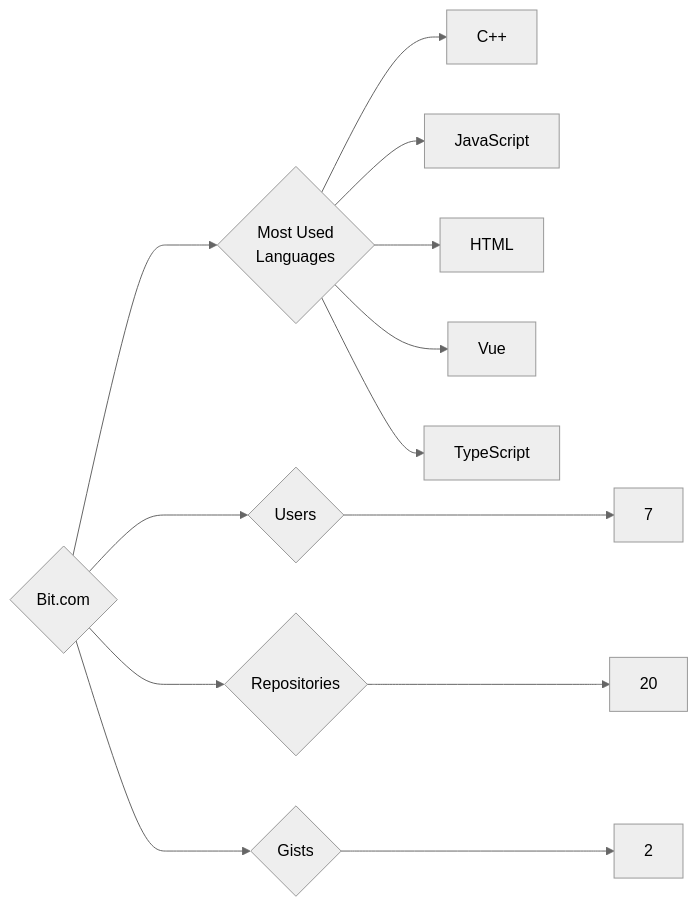
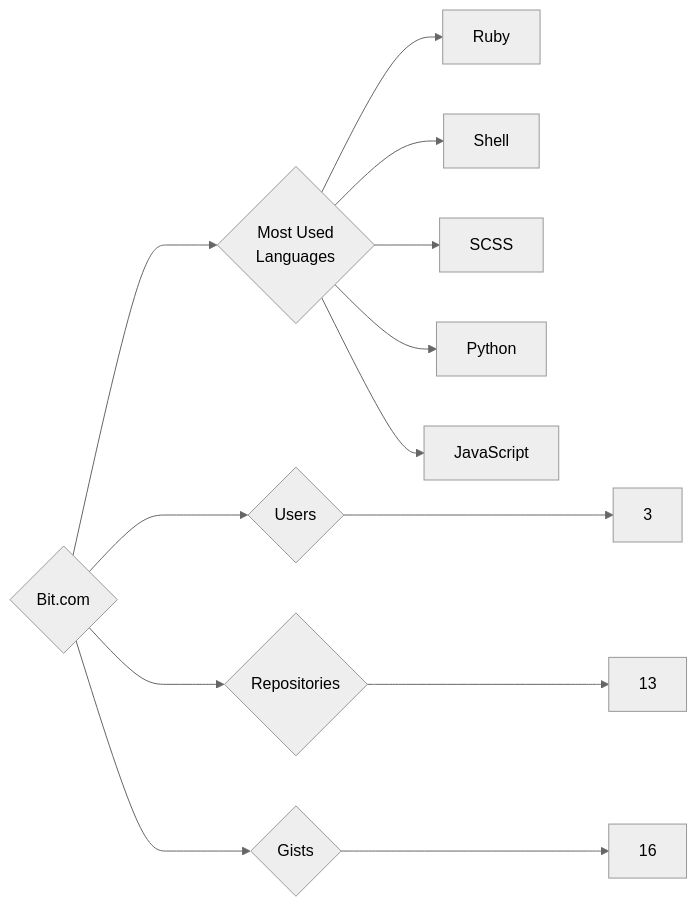
The diagram in targets/Bit.com/README.md (trickest/insiders), drawn with Mermaid (neutral theme) before and after one commit. The commit also changed 1212 other files, not shown here.

````diff
--- a/targets/Bit.com/README.md
+++ b/targets/Bit.com/README.md
@@ -3,13 +3,13 @@
 ```mermaid
 graph LR
 COMPANY_NAME{Bit.com}
-COMPANY_NAME ---> U{Users} ---> UN[7]
-COMPANY_NAME ---> R{Repositories} ---> RN[20]
-COMPANY_NAME ---> G{Gists} ---> GN[2]
+COMPANY_NAME ---> U{Users} ---> UN[3]
+COMPANY_NAME ---> R{Repositories} ---> RN[13]
+COMPANY_NAME ---> G{Gists} ---> GN[16]
 COMPANY_NAME ---> ML{Most Used<br>Languages}
-ML --> C++[C++]
+ML --> Ruby[Ruby]
+ML --> Shell[Shell]
+ML --> SCSS[SCSS]
+ML --> Python[Python]
 ML --> JavaScript[JavaScript]
-ML --> HTML[HTML]
-ML --> Vue[Vue]
-ML --> TypeScript[TypeScript]
 ```
````
